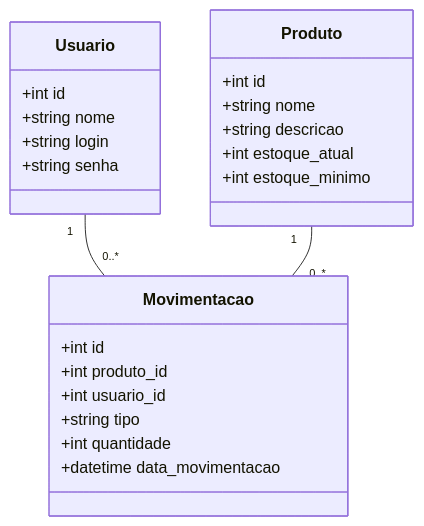
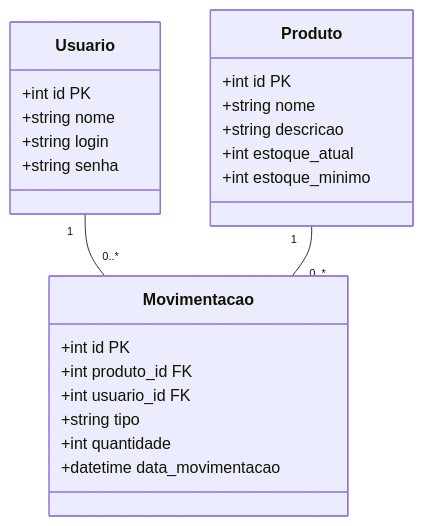
The diagram in 1.1Ferramentas/README.md (carollinesoares-sudo/SAEP), drawn with Mermaid before and after one commit. The commit also changed other lines of this file and 21 other files, not shown here.

````diff
--- a/1.1Ferramentas/README.md
+++ b/1.1Ferramentas/README.md
@@ -48,29 +49,32 @@
 ```mermaid
+
 classDiagram
-    class Usuario {
-        +int id
+
+    class Usuario{
+        +int id PK
         +string nome
         +string login
         +string senha
     }
 
-    class Produto {
-        +int id
+    class Produto{
+        +int id PK
         +string nome
         +string descricao
         +int estoque_atual
         +int estoque_minimo
     }
 
-    class Movimentacao {
-        +int id
-        +int produto_id
-        +int usuario_id
+    class Movimentacao{
+        +int id PK
+        +int produto_id FK
+        +int usuario_id FK
         +string tipo
         +int quantidade
         +datetime data_movimentacao
     }
 
     Usuario "1" -- "0..*" Movimentacao
     Produto "1" -- "0..*" Movimentacao
-```
+
+``` 
````
